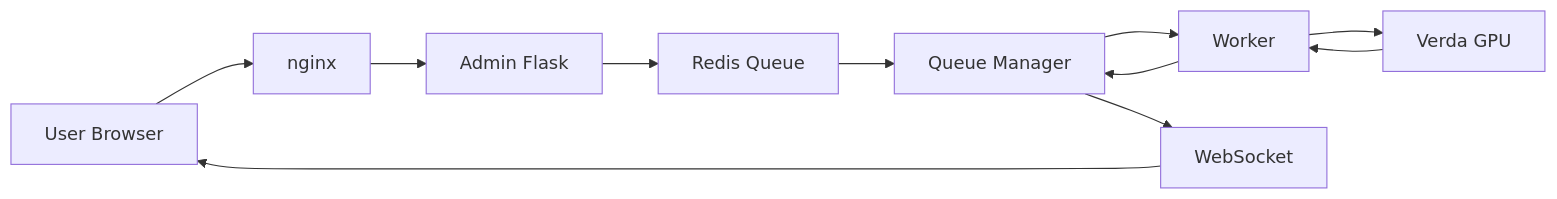
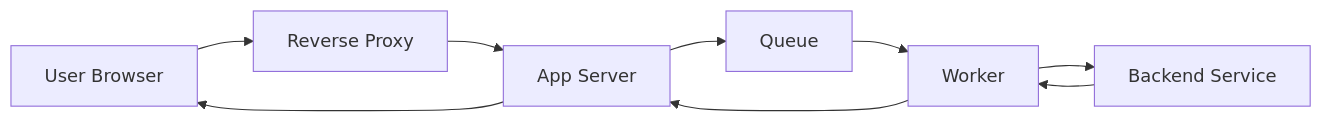
Before and after one commit to ahelme/dream-teams: the diagram in PRIVATE_move-up-one-directory-into-project-dir/.claude/skills/inv/SKILL.md, drawn with Mermaid. The commit also changed other lines of this file and 66 other files, not shown here.

````diff
--- a/PRIVATE_move-up-one-directory-into-project-dir/.claude/skills/inv/SKILL.md
+++ b/PRIVATE_move-up-one-directory-into-project-dir/.claude/skills/inv/SKILL.md
@@ -110,13 +109,11 @@
    ```mermaid
    graph LR
-     A[User Browser] --> B[nginx]
-     B --> C[Admin Flask]
-     C --> D[Redis Queue]
-     D --> E[Queue Manager]
-     E --> F[Worker]
-     F --> G[Verda GPU]
-     G --> F
+     A[User Browser] --> B[Reverse Proxy]
+     B --> C[App Server]
+     C --> D[Queue]
+     D --> E[Worker]
+     E --> F[Backend Service]
      F --> E
-     E --> H[WebSocket]
-     H --> A
+     E --> C
+     C --> A
    ```
````
